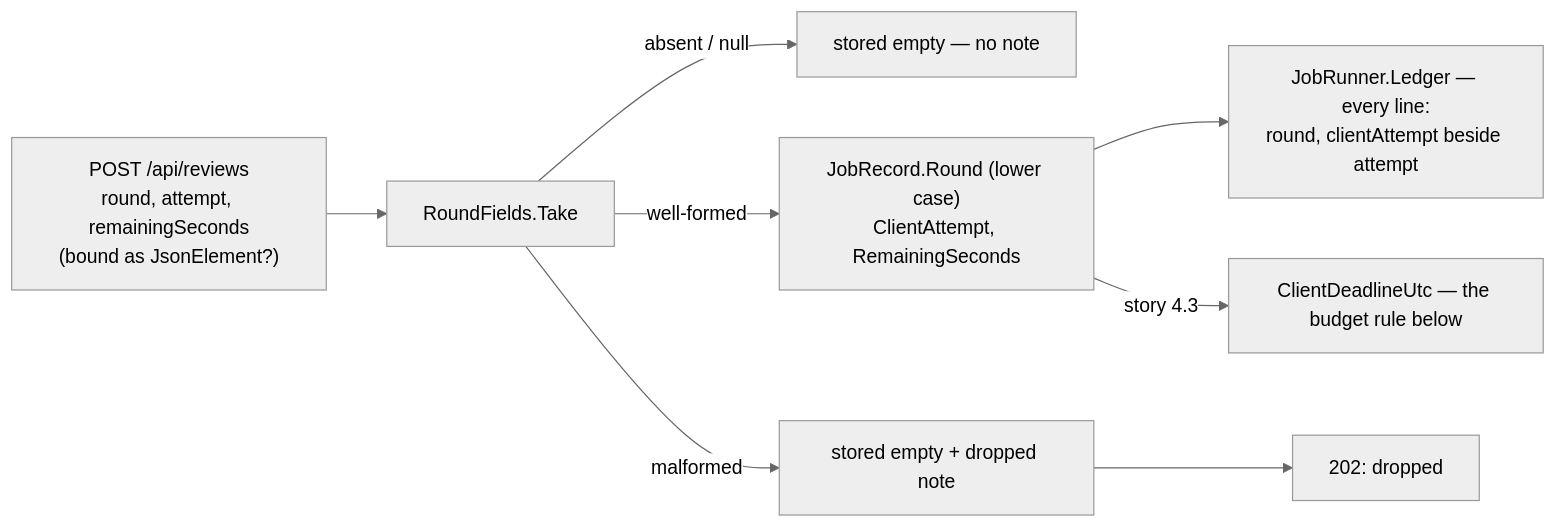
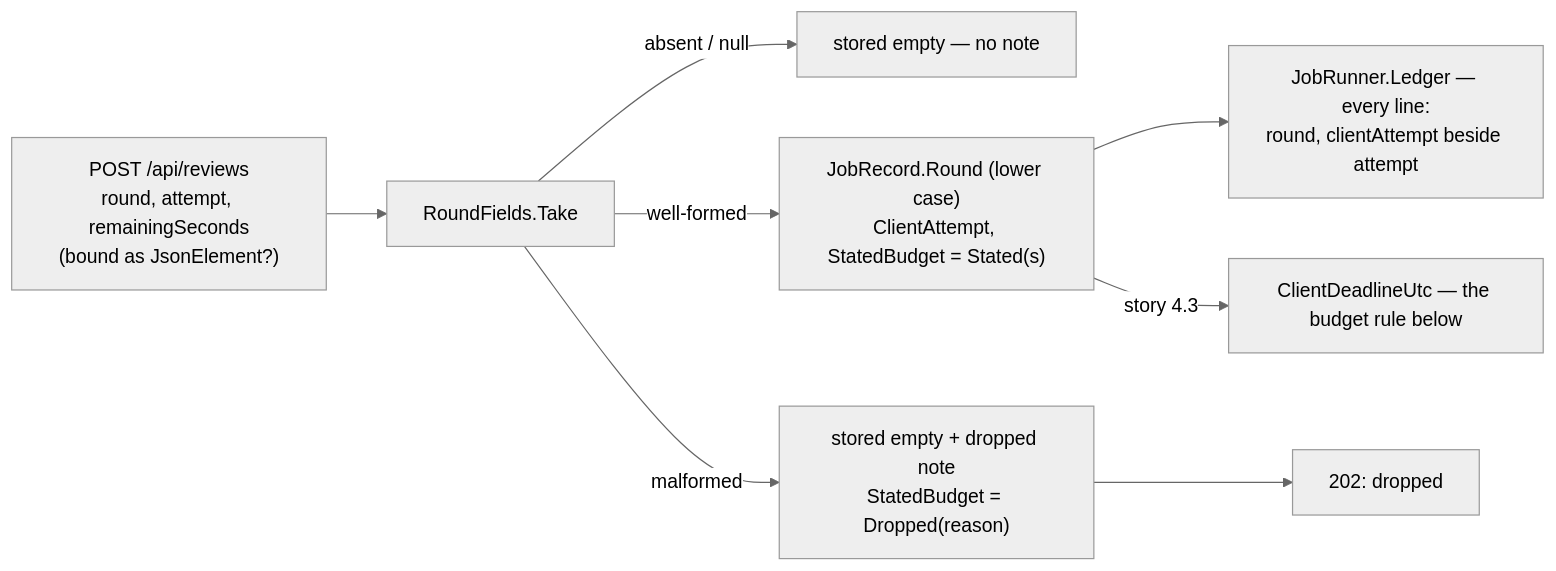
The fifth of 6 diagrams in research/module_team_server.md (oleksandrdubyna88/dew_flow_connect_other_ais), drawn with Mermaid (neutral theme) before and after one commit. The commit also changed other lines of this file and 9 other files, not shown here.

First line of the commit message:
fix(server): epic 4's code round — a dropped budget is its own fact, not an absent one's 0

````diff
--- a/research/module_team_server.md
+++ b/research/module_team_server.md
@@ -1414,10 +1416,10 @@
 ```mermaid
 flowchart LR
   R["POST /api/reviews<br/>round, attempt, remainingSeconds<br/>(bound as JsonElement?)"] --> T[RoundFields.Take]
   T -->|"absent / null"| E["stored empty — no note"]
-  T -->|"well-formed"| J["JobRecord.Round (lower case)<br/>ClientAttempt, RemainingSeconds"]
-  T -->|"malformed"| D["stored empty + dropped note"]
+  T -->|"well-formed"| J["JobRecord.Round (lower case)<br/>ClientAttempt, StatedBudget = Stated(s)"]
+  T -->|"malformed"| D["stored empty + dropped note<br/>StatedBudget = Dropped(reason)"]
   D --> A["202: dropped"]
   J --> L["JobRunner.Ledger — every line:<br/>round, clientAttempt beside attempt"]
   J -->|"story 4.3"| B["ClientDeadlineUtc — the budget rule below"]
 ```
````
